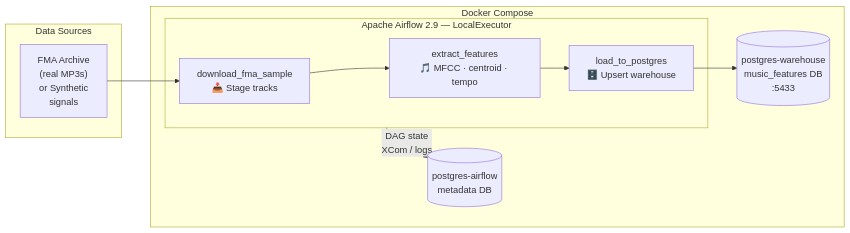
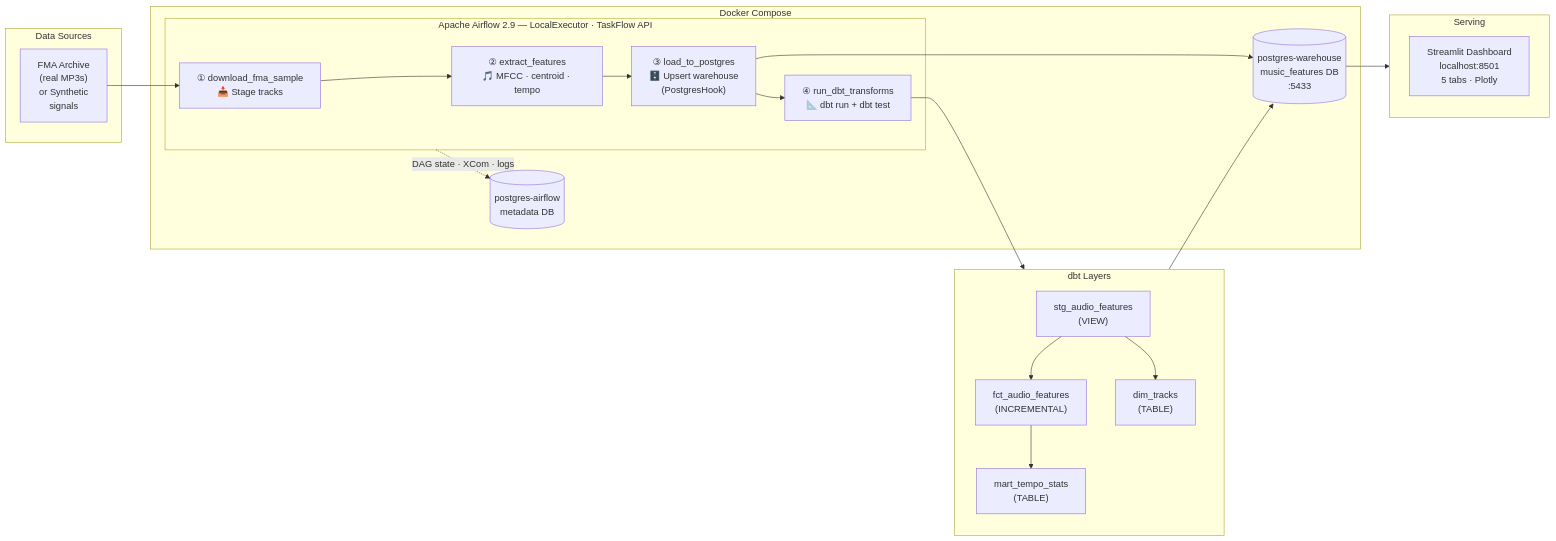
One commit to soyDCAR/airflow-etl-music-features changed the diagram in README.md. Above: the diagram before and after it, drawn with Mermaid. The commit also changed other lines of this file, not shown here.

Commit message:
docs: reframe README for ML SWE — 4-task diagram, ML roadmap, key decisions table

````diff
--- a/README.md
+++ b/README.md
@@ -16,23 +16,40 @@
 ```mermaid
 flowchart LR
     subgraph sources["Data Sources"]
         FMA["FMA Archive\n(real MP3s)\nor Synthetic\nsignals"]
     end
 
-    subgraph airflow["Apache Airflow 2.9 — LocalExecutor"]
-        T1["download_fma_sample\n📥 Stage tracks"]
-        T2["extract_features\n🎵 MFCC · centroid · tempo"]
-        T3["load_to_postgres\n🗄️ Upsert warehouse"]
-        T1 --> T2 --> T3
+    subgraph airflow["Apache Airflow 2.9 — LocalExecutor · TaskFlow API"]
+        T1["① download_fma_sample\n📥 Stage tracks"]
+        T2["② extract_features\n🎵 MFCC · centroid · tempo"]
+        T3["③ load_to_postgres\n🗄️ Upsert warehouse\n(PostgresHook)"]
+        T4["④ run_dbt_transforms\n📐 dbt run + dbt test"]
+        T1 --> T2 --> T3 --> T4
+    end
+
+    subgraph transforms["dbt Layers"]
+        STG["stg_audio_features\n(VIEW)"]
+        FCT["fct_audio_features\n(INCREMENTAL)"]
+        DIM["dim_tracks\n(TABLE)"]
+        MART["mart_tempo_stats\n(TABLE)"]
+        STG --> FCT & DIM
+        FCT --> MART
+    end
+
+    subgraph serving["Serving"]
+        ST["Streamlit Dashboard\nlocalhost:8501\n5 tabs · Plotly"]
     end
 
     subgraph docker["Docker Compose"]
         airflow
         WH[("postgres-warehouse\nmusic_features DB\n:5433")]
         META[("postgres-airflow\nmetadata DB")]
     end
 
     FMA --> T1
     T3 --> WH
-    airflow -.->|"DAG state\nXCom / logs"| META
+    T4 --> transforms
+    transforms --> WH
+    WH --> serving
+    airflow -.->|"DAG state · XCom · logs"| META
 ```
````
